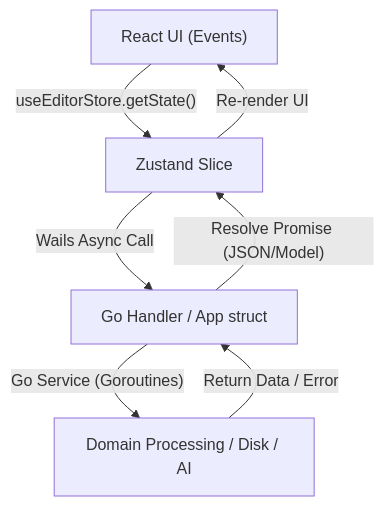
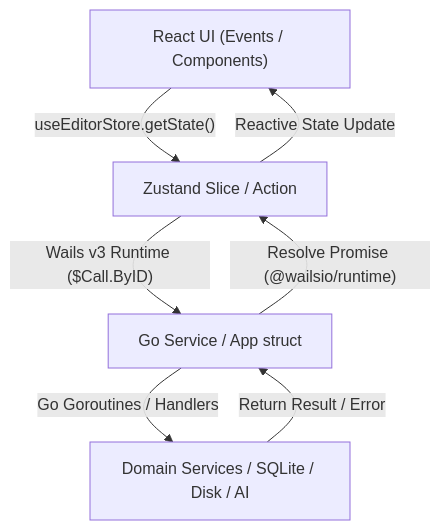
One commit to wisam79/grido changed the diagram in .agents/skills/grido-architecture-navigator/SKILL.md. Above: the diagram before and after it, drawn with Mermaid. The commit also changed other lines of this file and 81 other files, not shown here.

````diff
--- a/.agents/skills/grido-architecture-navigator/SKILL.md
+++ b/.agents/skills/grido-architecture-navigator/SKILL.md
@@ -64,9 +65,9 @@
 ```mermaid
 graph TD
-    A["React UI (Events)"] -->|"useEditorStore.getState()"| B["Zustand Slice"]
-    B -->|"Wails Async Call"| C["Go Handler / App struct"]
-    C -->|"Go Service (Goroutines)"| D["Domain Processing / Disk / AI"]
-    D -->|"Return Data / Error"| C
-    C -->|"Resolve Promise (JSON/Model)"| B
-    B -->|"Re-render UI"| A
+    A["React UI (Events / Components)"] -->|"useEditorStore.getState()"| B["Zustand Slice / Action"]
+    B -->|"Wails v3 Runtime ($Call.ByID)"| C["Go Service / App struct"]
+    C -->|"Go Goroutines / Handlers"| D["Domain Services / SQLite / Disk / AI"]
+    D -->|"Return Result / Error"| C
+    C -->|"Resolve Promise (@wailsio/runtime)"| B
+    B -->|"Reactive State Update"| A
 ```
````
